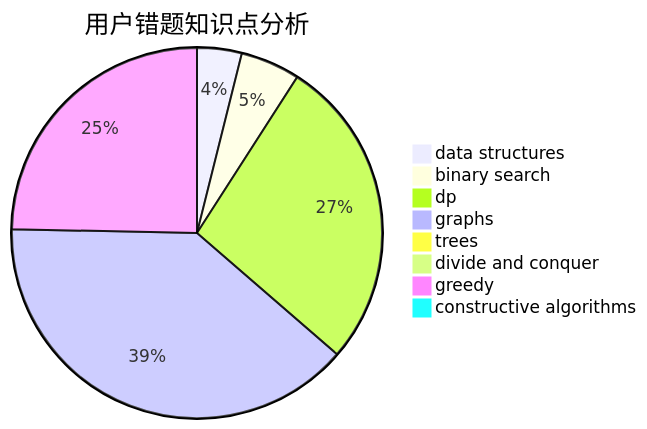
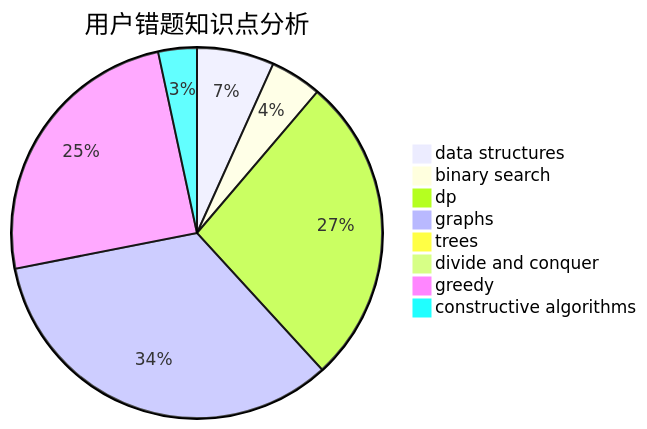
Before and after one commit to sherpahu/cfrs.github.io: the third of 3 diagrams in docs/user/u1349.md, drawn with Mermaid. The commit also changed other lines of this file and 2770 other files, not shown here.

````diff
--- a/docs/user/u1349.md
+++ b/docs/user/u1349.md
@@ -36,11 +36,11 @@
 ```mermaid
 pie title 用户错题知识点分析
-    "data structures" :  3
+    "data structures" :  6
     "binary search" :  4
-    "dp" :  21
+    "dp" :  24
     "graphs" :  30
     "trees" :  0
     "divide and conquer" :  0
-    "greedy" :  19
-    "constructive algorithms" :  0
+    "greedy" :  22
+    "constructive algorithms" :  3
 ```
````
